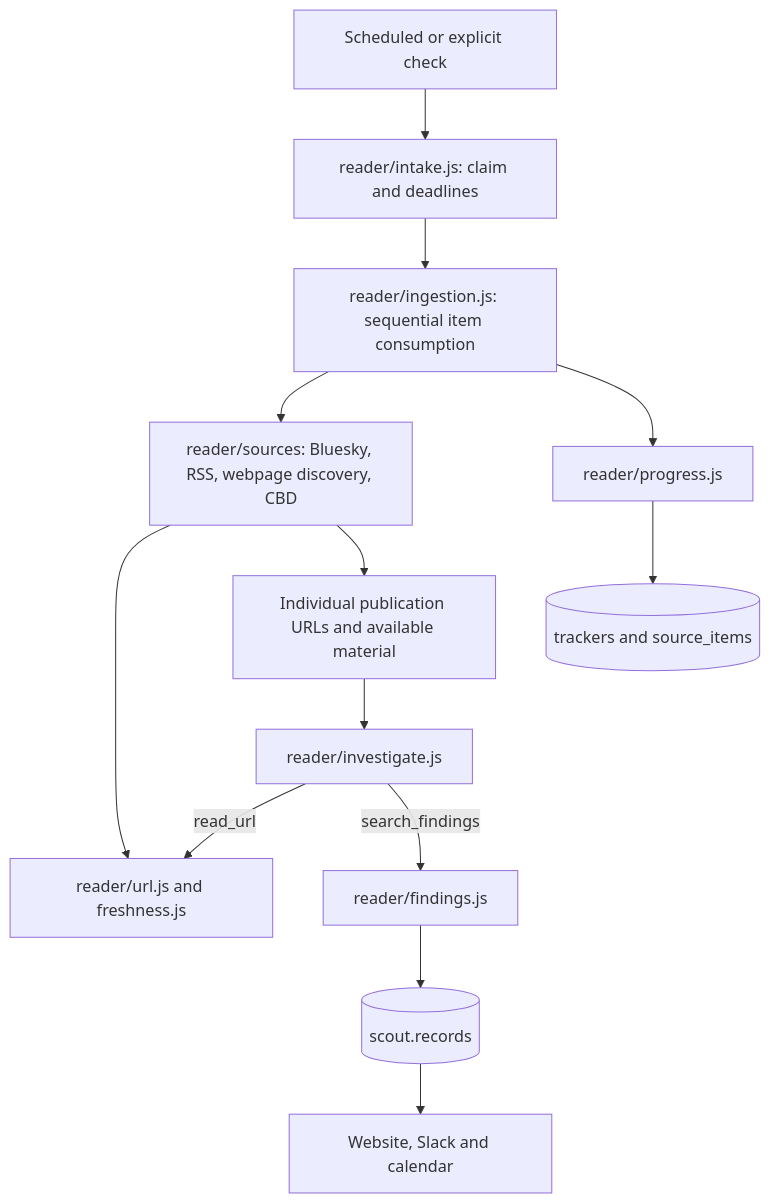
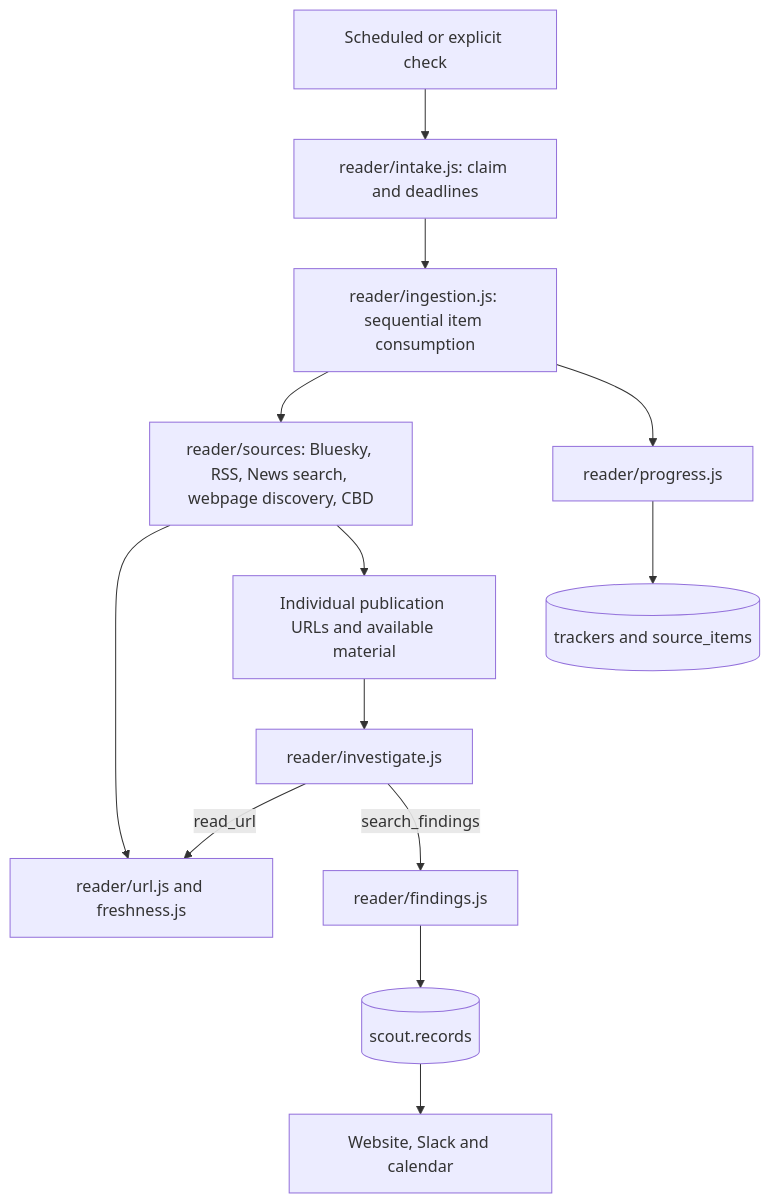
One commit to oceanagentics/scout changed the diagram in docs/architecture.md. Above: the diagram before and after it, drawn with Mermaid. The commit also changed other lines of this file and 14 other files, not shown here.

Commit message:
Add independent Tavily news search trackers

````diff
--- a/docs/architecture.md
+++ b/docs/architecture.md
@@ -21,15 +21,15 @@
 ```mermaid
 flowchart TD
   request[Scheduled or explicit check] --> intake[reader/intake.js: claim and deadlines]
   intake --> ingestion[reader/ingestion.js: sequential item consumption]
-  ingestion --> adapters[reader/sources: Bluesky, RSS, webpage discovery, CBD]
+  ingestion --> adapters[reader/sources: Bluesky, RSS, News search, webpage discovery, CBD]
   adapters --> http[reader/url.js and freshness.js]
   adapters --> items[Individual publication URLs and available material]
   items --> investigate[reader/investigate.js]
   investigate -->|read_url| http
   investigate -->|search_findings| findings[reader/findings.js]
   findings --> records[(scout.records)]
   ingestion --> progress[reader/progress.js]
   progress --> state[(trackers and source_items)]
   records --> outputs[Website, Slack and calendar]
 ```
````
